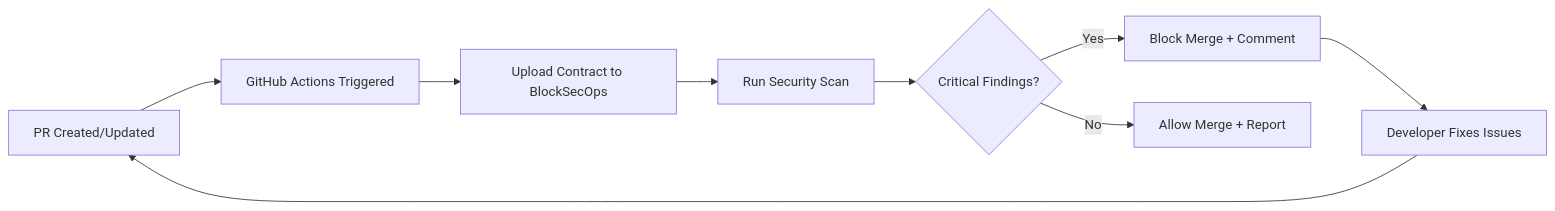
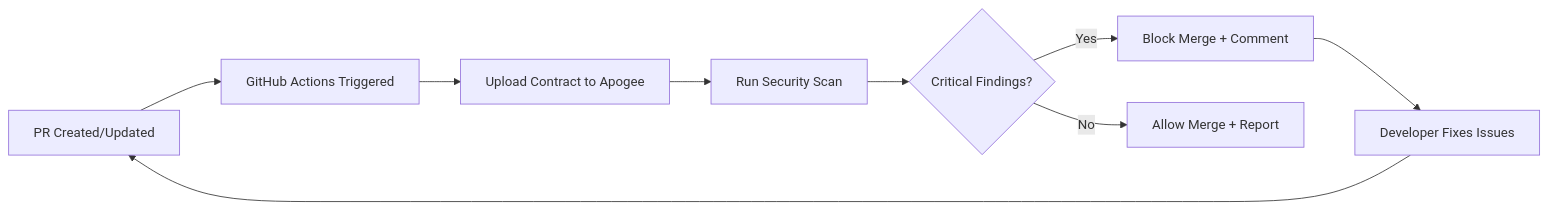
One commit to AdvancedBlockchainSecurity/docs changed the diagram in playbooks/cicd-github-actions.md. Above: the diagram before and after it, drawn with Mermaid. The commit also changed other lines of this file and 294 other files, not shown here.

First line of the commit message:
docs: rebrand BlockSecOps to Apogee across all documentation

````diff
--- a/playbooks/cicd-github-actions.md
+++ b/playbooks/cicd-github-actions.md
@@ -24,11 +24,11 @@
 ```mermaid
 flowchart LR
     A[PR Created/Updated] --> B[GitHub Actions Triggered]
-    B --> C[Upload Contract to BlockSecOps]
+    B --> C[Upload Contract to Apogee]
     C --> D[Run Security Scan]
     D --> E{Critical Findings?}
     E -->|Yes| F[Block Merge + Comment]
     E -->|No| G[Allow Merge + Report]
     F --> H[Developer Fixes Issues]
     H --> A
 ```
````
